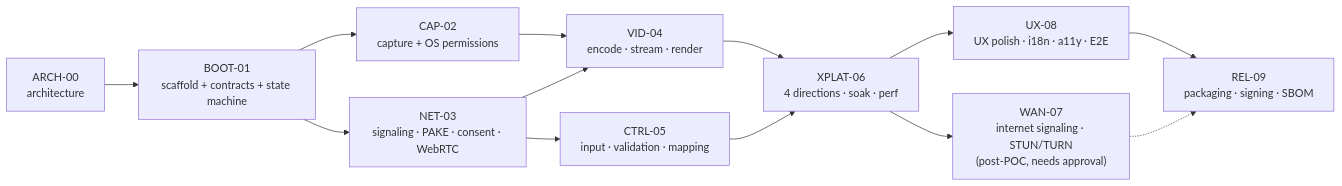
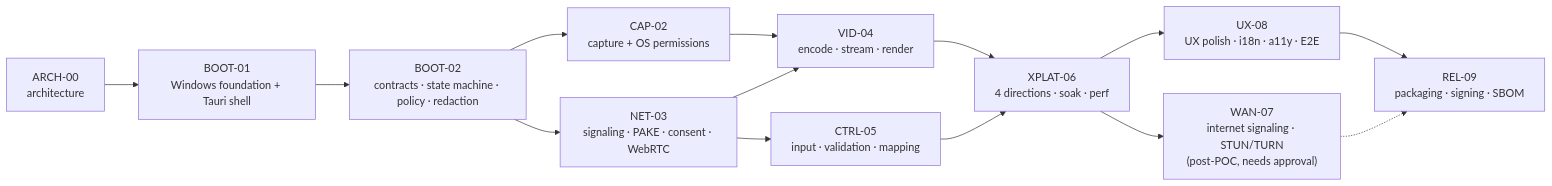
Before and after one commit to lahieuphong/tp-remote: the diagram in docs/roadmap/PROMPT-PLAN.md, drawn with Mermaid. The commit also changed other lines of this file and 93 other files, not shown here.

First line of the commit message:
BOOT-02: core contracts, session lifecycle and security primitives

````diff
--- a/docs/roadmap/PROMPT-PLAN.md
+++ b/docs/roadmap/PROMPT-PLAN.md
@@ -55,15 +55,16 @@
 ```mermaid
 flowchart LR
-  A0["ARCH-00<br/>architecture"] --> B1["BOOT-01<br/>scaffold + contracts + state machine"]
-  B1 --> C2["CAP-02<br/>capture + OS permissions"]
-  B1 --> N3["NET-03<br/>signaling · PAKE · consent · WebRTC"]
+  A0["ARCH-00<br/>architecture"] --> B1["BOOT-01<br/>Windows foundation + Tauri shell"]
+  B1 --> B2["BOOT-02<br/>contracts · state machine · policy · redaction"]
+  B2 --> C2["CAP-02<br/>capture + OS permissions"]
+  B2 --> N3["NET-03<br/>signaling · PAKE · consent · WebRTC"]
   C2 --> V4["VID-04<br/>encode · stream · render"]
   N3 --> V4
   N3 --> K5["CTRL-05<br/>input · validation · mapping"]
   V4 --> X6["XPLAT-06<br/>4 directions · soak · perf"]
   K5 --> X6
   X6 --> W7["WAN-07<br/>internet signaling · STUN/TURN<br/>(post-POC, needs approval)"]
   X6 --> U8["UX-08<br/>UX polish · i18n · a11y · E2E"]
   U8 --> R9["REL-09<br/>packaging · signing · SBOM"]
   W7 -.-> R9
 ```
````
